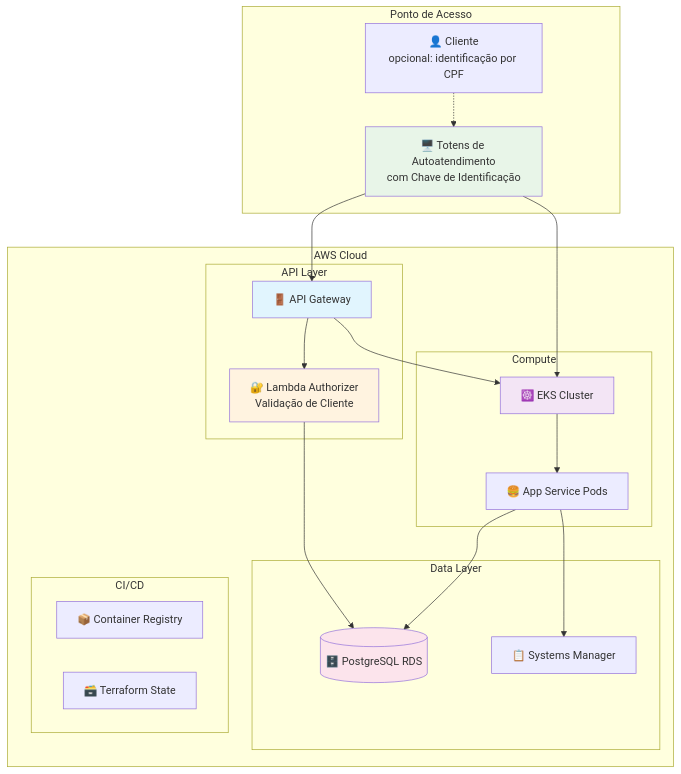
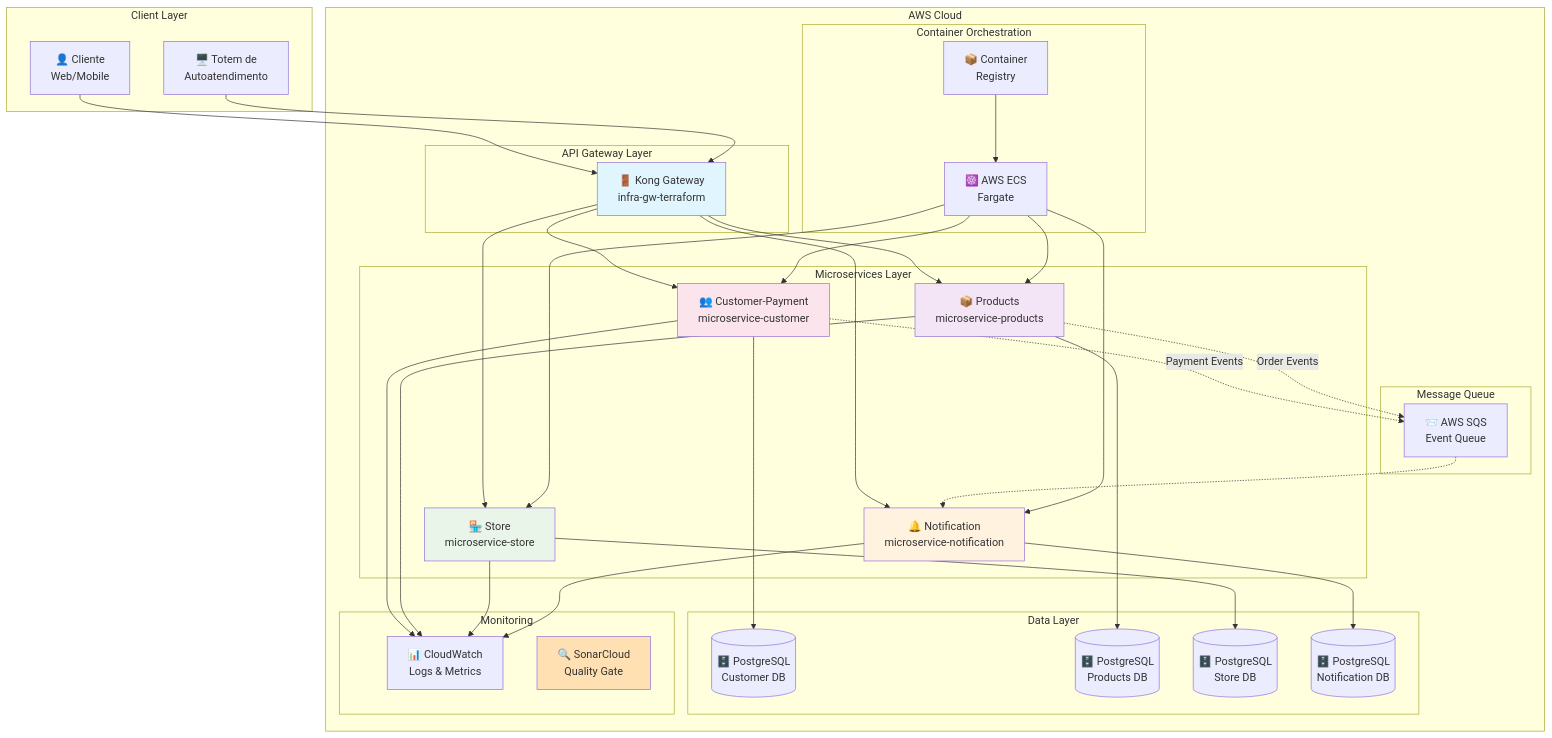
One commit to FIAP-Tech-Challange/.github changed the first of 7 diagrams in profile/README.md. Above: the diagram before and after it, drawn with Mermaid. The commit also changed other lines of this file, not shown here.

````diff
--- a/profile/README.md
+++ b/profile/README.md
@@ -28,45 +33,76 @@
 ```mermaid
 graph TB
-    subgraph "Ponto de Acesso"
-        TOTEM["🖥️ Totens de Autoatendimento<br/>com Chave de Identificação"]
-        CLIENT["👤 Cliente<br/>opcional: identificação por CPF"]
+    subgraph "Client Layer"
+        CLIENT["👤 Cliente<br/>Web/Mobile"]
+        TOTEM["🖥️ Totem de<br/>Autoatendimento"]
     end
 
     subgraph "AWS Cloud"
-        subgraph "API Layer"
-            APIGW["🚪 API Gateway"]
-            LAMBDA["🔐 Lambda Authorizer<br/>Validação de Cliente"]
+        subgraph "API Gateway Layer"
+            KONG["🚪 Kong Gateway<br/>infra-gw-terraform"]
         end
 
-        subgraph "Compute"
-            EKS["☸️ EKS Cluster"]
-            PODS["🍔 App Service Pods"]
+        subgraph "Microservices Layer"
+            CUSTOMER["👥 Customer-Payment<br/>microservice-customer"]
+            PRODUCTS["📦 Products<br/>microservice-products"]
+            STORE["🏪 Store<br/>microservice-store"]
+            NOTIFICATION["🔔 Notification<br/>microservice-notification"]
         end
 
         subgraph "Data Layer"
-            RDS[("🗄️ PostgreSQL RDS")]
-            SSM["📋 Systems Manager"]
+            RDS_CUSTOMER[("🗄️ PostgreSQL<br/>Customer DB")]
+            RDS_PRODUCTS[("🗄️ PostgreSQL<br/>Products DB")]
+            RDS_STORE[("🗄️ PostgreSQL<br/>Store DB")]
+            RDS_NOTIFICATION[("🗄️ PostgreSQL<br/>Notification DB")]
         end
 
-        subgraph "CI/CD"
-            ECR["📦 Container Registry"]
-            S3["🗃️ Terraform State"]
+        subgraph "Message Queue"
+            SQS["📨 AWS SQS<br/>Event Queue"]
+        end
+
+        subgraph "Container Orchestration"
+            ECS["☸️ AWS ECS<br/>Fargate"]
+            ECR["📦 Container<br/>Registry"]
+        end
+
+        subgraph "Monitoring"
+            CLOUDWATCH["📊 CloudWatch<br/>Logs & Metrics"]
+            SONAR["🔍 SonarCloud<br/>Quality Gate"]
         end
     end
 
-    CLIENT -.-> TOTEM
-    TOTEM --> APIGW
-    APIGW --> LAMBDA
-    LAMBDA --> RDS
-    APIGW --> EKS
-    TOTEM --> EKS
-    EKS --> PODS
-    PODS --> RDS
-    PODS --> SSM
+    CLIENT --> KONG
+    TOTEM --> KONG
+    KONG --> CUSTOMER
+    KONG --> PRODUCTS
+    KONG --> STORE
+    KONG --> NOTIFICATION
 
-    style TOTEM fill:#e8f5e8
-    style APIGW fill:#e1f5fe
-    style LAMBDA fill:#fff3e0
-    style EKS fill:#f3e5f5
-    style RDS fill:#fce4ec
+    CUSTOMER --> RDS_CUSTOMER
+    PRODUCTS --> RDS_PRODUCTS
+    STORE --> RDS_STORE
+    NOTIFICATION --> RDS_NOTIFICATION
+
+    CUSTOMER -.->|Payment Events| SQS
+    PRODUCTS -.->|Order Events| SQS
+    SQS -.-> NOTIFICATION
+
+    ECS --> CUSTOMER
+    ECS --> PRODUCTS
+    ECS --> STORE
+    ECS --> NOTIFICATION
+
+    ECR --> ECS
+
+    CUSTOMER --> CLOUDWATCH
+    PRODUCTS --> CLOUDWATCH
+    STORE --> CLOUDWATCH
+    NOTIFICATION --> CLOUDWATCH
+
+    style KONG fill:#e1f5fe
+    style CUSTOMER fill:#fce4ec
+    style PRODUCTS fill:#f3e5f5
+    style STORE fill:#e8f5e8
+    style NOTIFICATION fill:#fff3e0
+    style SONAR fill:#ffe0b2
 ```
````
